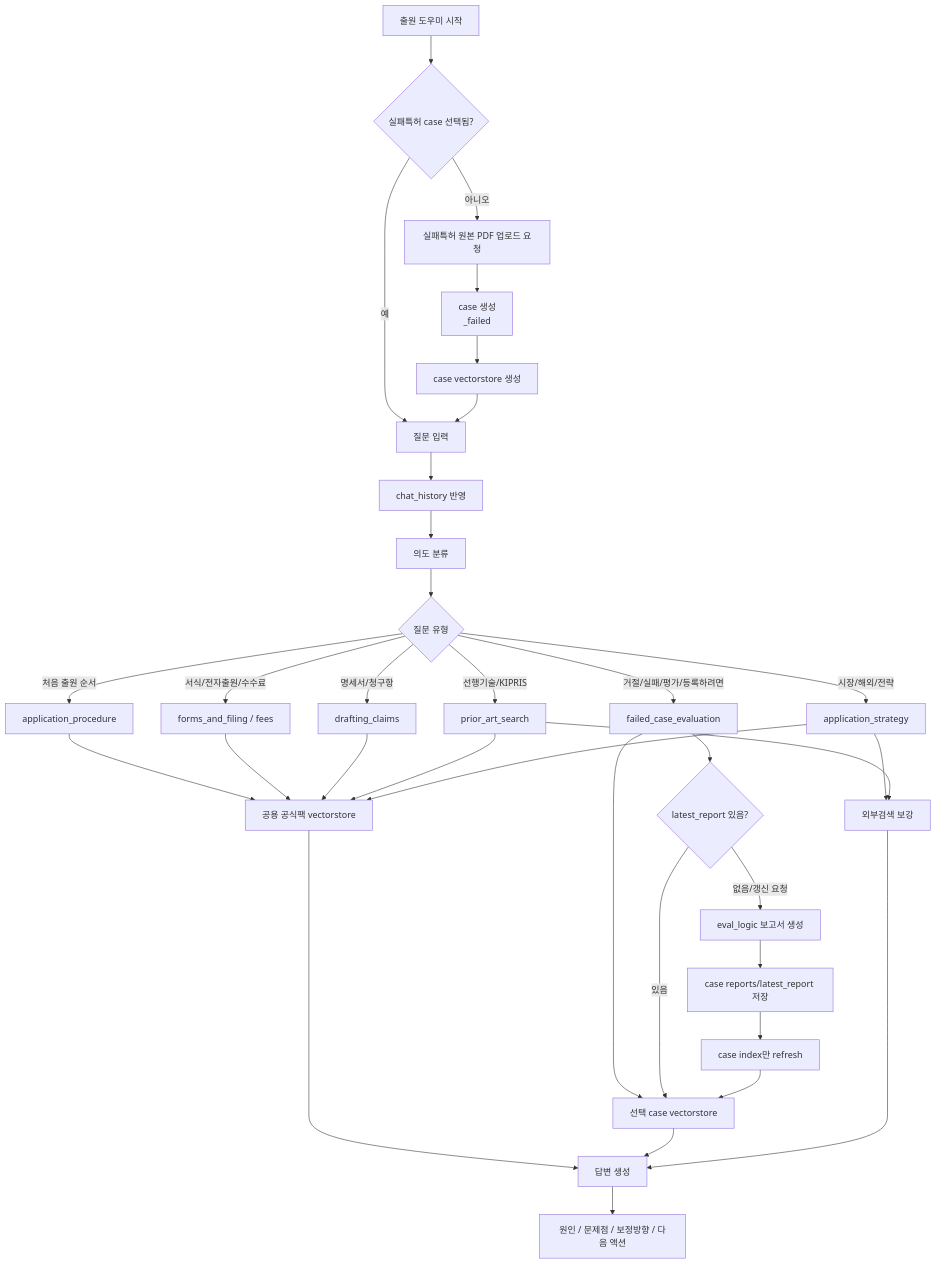
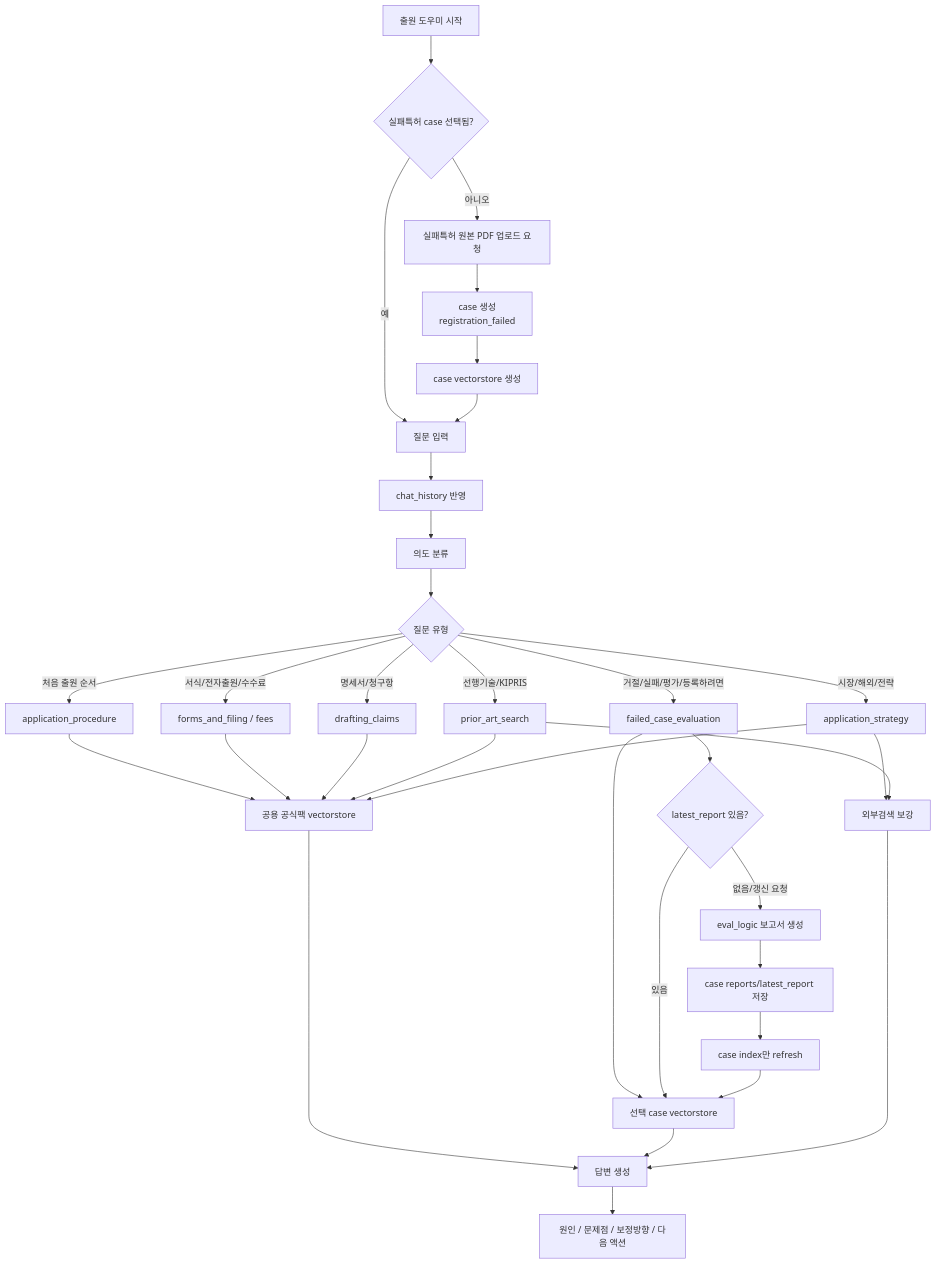
Before and after one commit to skipers/skipa-ai-server: the third of 4 diagrams in chatbot/docs/CHATBOT_ARCHITECTURE_AND_USAGE.md, drawn with Mermaid. The commit also changed other lines of this file and 6 other files, not shown here.

````diff
--- a/chatbot/docs/CHATBOT_ARCHITECTURE_AND_USAGE.md
+++ b/chatbot/docs/CHATBOT_ARCHITECTURE_AND_USAGE.md
@@ -164,39 +177,39 @@
 ```mermaid
 flowchart TD
   START[출원 도우미 시작] --> NEED{실패특허 case 선택됨?}
   NEED -->|아니오| UPLOAD[실패특허 원본 PDF 업로드 요청]
-  UPLOAD --> CASEMAKE[case 생성<br/><registration>_failed]
+  UPLOAD --> CASEMAKE[case 생성<br/>registration_failed]
   CASEMAKE --> CASEIDX[case vectorstore 생성]
   NEED -->|예| Q[질문 입력]
   CASEIDX --> Q
 
   Q --> HIST[chat_history 반영]
   HIST --> INTENT[의도 분류]
   INTENT --> TYPE{질문 유형}
   TYPE -->|처음 출원 순서| PROC[application_procedure]
   TYPE -->|서식/전자출원/수수료| FORM[forms_and_filing / fees]
   TYPE -->|명세서/청구항| CLAIM[drafting_claims]
   TYPE -->|선행기술/KIPRIS| PRIOR[prior_art_search]
   TYPE -->|거절/실패/평가/등록하려면| FAIL[failed_case_evaluation]
   TYPE -->|시장/해외/전략| STRAT[application_strategy]
 
   PROC --> COMMON[공용 공식팩 vectorstore]
   FORM --> COMMON
   CLAIM --> COMMON
   PRIOR --> COMMON
   STRAT --> COMMON
   STRAT --> WEB[외부검색 보강]
   PRIOR --> WEB
   FAIL --> CASE[선택 case vectorstore]
   FAIL --> RPT{latest_report 있음?}
   RPT -->|없음/갱신 요청| GEN[eval_logic 보고서 생성]
   GEN --> SAVE[case reports/latest_report 저장]
   SAVE --> REFRESH[case index만 refresh]
   RPT -->|있음| CASE
   REFRESH --> CASE
 
   COMMON --> ANS[답변 생성]
   CASE --> ANS
   WEB --> ANS
   ANS --> GUIDE[원인 / 문제점 / 보정방향 / 다음 액션]
 ```
````
